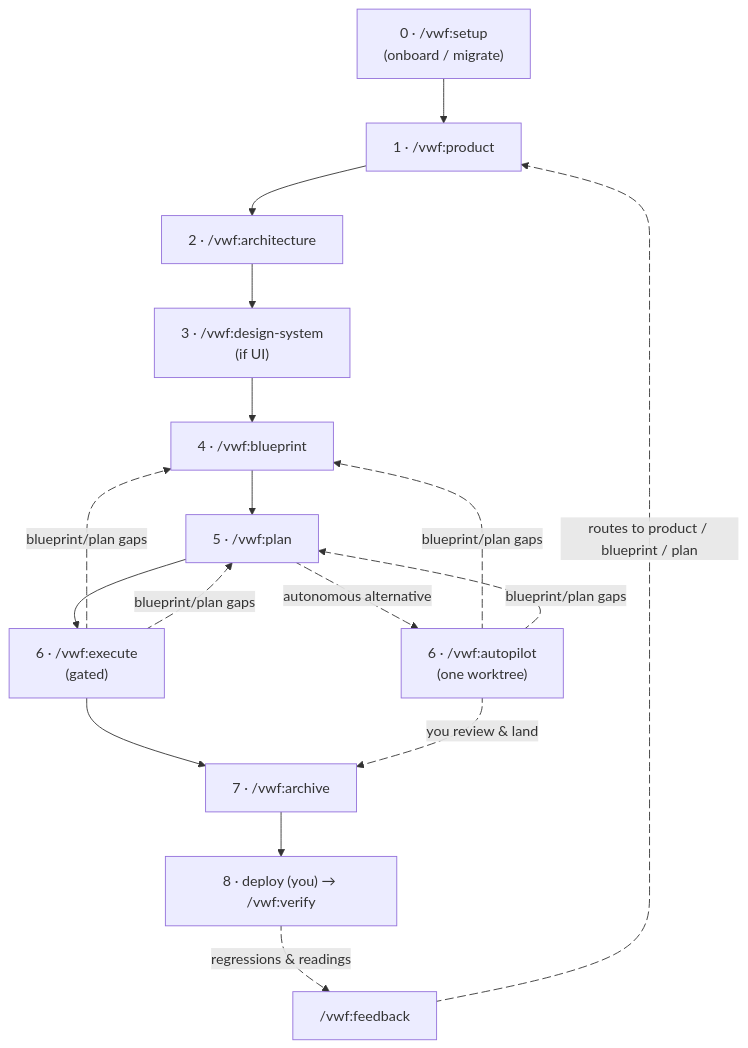
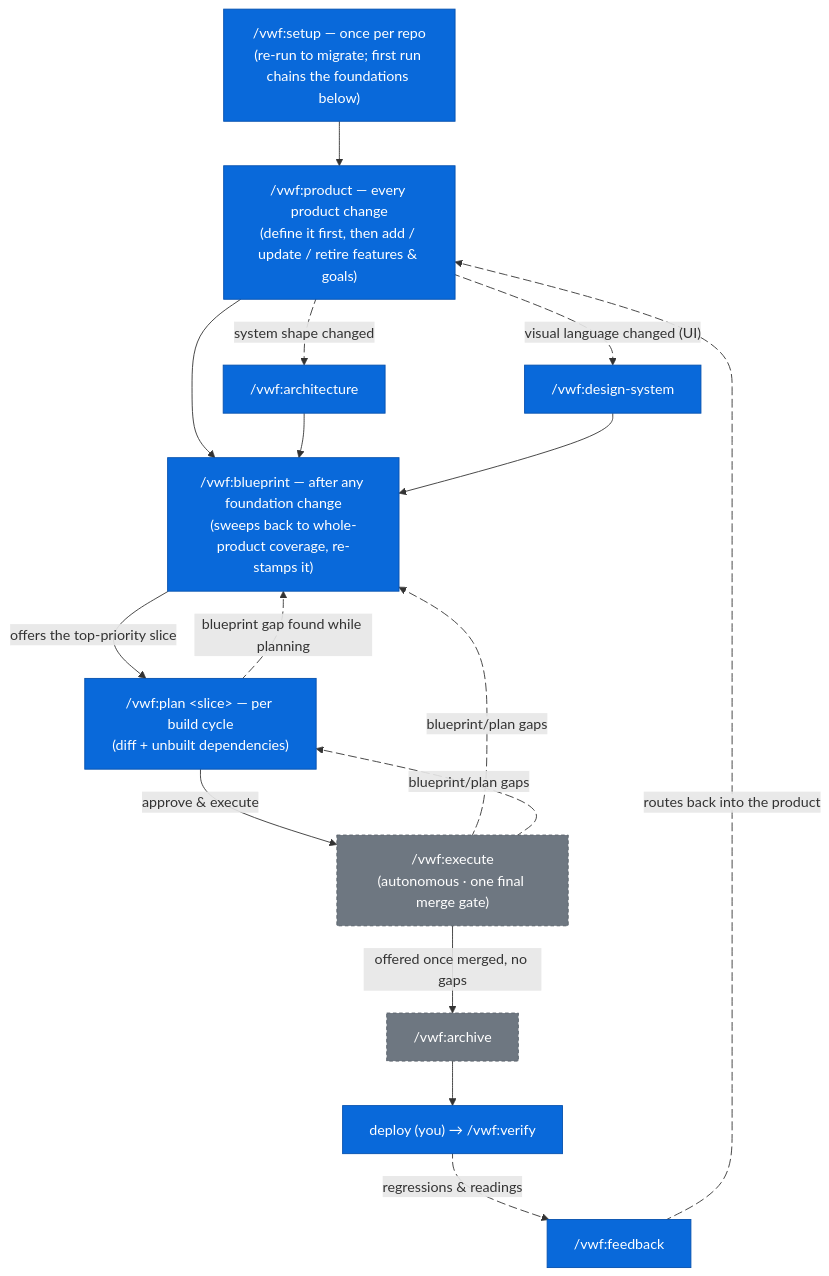
One commit to virajp/ai-plugins changed the first of 2 diagrams in readme.md. Above: the diagram before and after it, drawn with Mermaid. The commit also changed other lines of this file and 23 other files, not shown here.

First line of the commit message:
feat(vwf)!: full-coverage blueprint, dep-closed plans, autonomous execute

````diff
--- a/readme.md
+++ b/readme.md
@@ -145,27 +153,28 @@
 ```mermaid
 flowchart TD
-    Z["0 · /vwf:setup<br/>(onboard / migrate)"] --> P["1 · /vwf:product"]
-    P --> A["2 · /vwf:architecture"]
-    A --> DS["3 · /vwf:design-system<br/>(if UI)"]
-    DS --> B["4 · /vwf:blueprint"]
-    B --> C["5 · /vwf:plan"]
-    C --> D["6 · /vwf:execute<br/>(gated)"]
-    C e1@-. "autonomous alternative" .-> F["6 · /vwf:autopilot<br/>(one worktree)"]
-    D --> E["7 · /vwf:archive"]
-    F e2@-. "you review & land" .-> E
-    E --> V["8 · deploy (you) → /vwf:verify"]
-    V e7@-. "regressions & readings" .-> FB["/vwf:feedback"]
-    FB e8@-. "routes to product / blueprint / plan" .-> P
-    D e3@-. "blueprint/plan gaps" .-> B
-    D e4@-. "blueprint/plan gaps" .-> C
-    F e5@-. "blueprint/plan gaps" .-> B
-    F e6@-. "blueprint/plan gaps" .-> C
+    S["/vwf:setup — once per repo<br/>(re-run to migrate; first run chains the foundations below)"]:::user
+    S --> P["/vwf:product — every product change<br/>(define it first, then add / update / retire features & goals)"]:::user
+    P e1@-. "system shape changed" .-> A["/vwf:architecture"]:::user
+    P e2@-. "visual language changed (UI)" .-> DS["/vwf:design-system"]:::user
+    P --> B["/vwf:blueprint — after any foundation change<br/>(sweeps back to whole-product coverage, re-stamps it)"]:::user
+    A --> B
+    DS --> B
+    B -->|"offers the top-priority slice"| C["/vwf:plan &lt;slice&gt; — per build cycle<br/>(diff + unbuilt dependencies)"]:::user
+    C -->|"approve & execute"| D["/vwf:execute<br/>(autonomous · one final merge gate)"]:::chained
+    D -->|"offered once merged, no gaps"| E["/vwf:archive"]:::chained
+    E --> V["deploy (you) → /vwf:verify"]:::user
+    V e3@-. "regressions & readings" .-> FB["/vwf:feedback"]:::user
+    FB e4@-. "routes back into the product" .-> P
+    D e5@-. "blueprint/plan gaps" .-> B
+    D e6@-. "blueprint/plan gaps" .-> C
+    C e7@-. "blueprint gap found while planning" .-> B
     e1@{ animate: true }
     e2@{ animate: true }
     e3@{ animate: true }
     e4@{ animate: true }
     e5@{ animate: true }
     e6@{ animate: true }
     e7@{ animate: true }
-    e8@{ animate: true }
+    classDef user fill:#0969da,stroke:#0550ae,color:#ffffff
+    classDef chained fill:#6e7781,stroke:#57606a,color:#ffffff,stroke-dasharray:4 3
 ```
````
